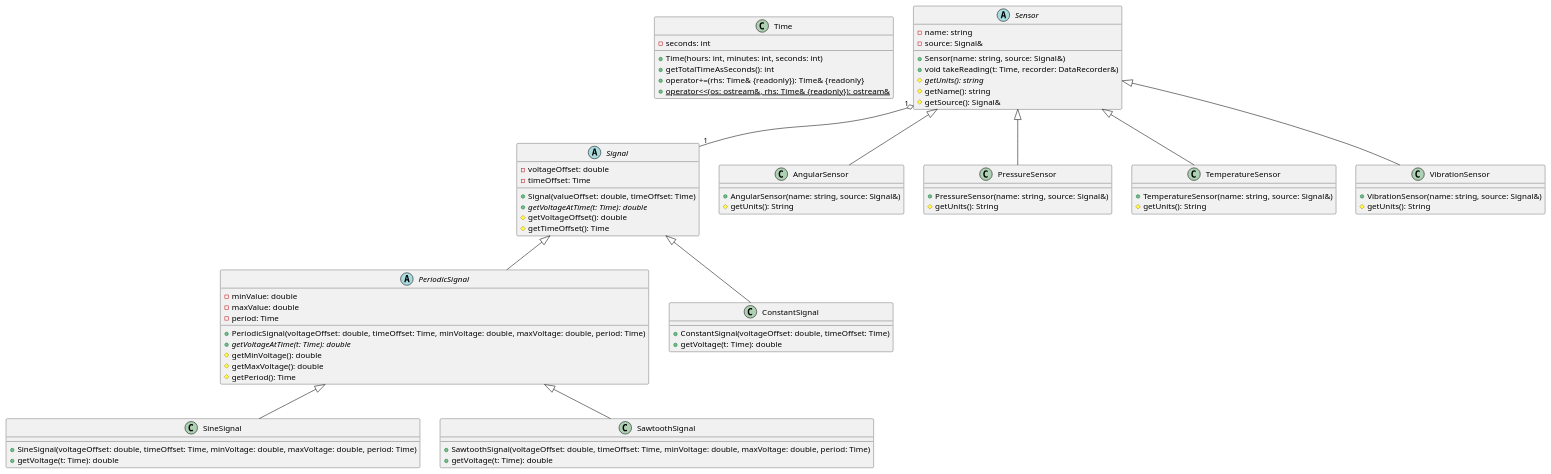
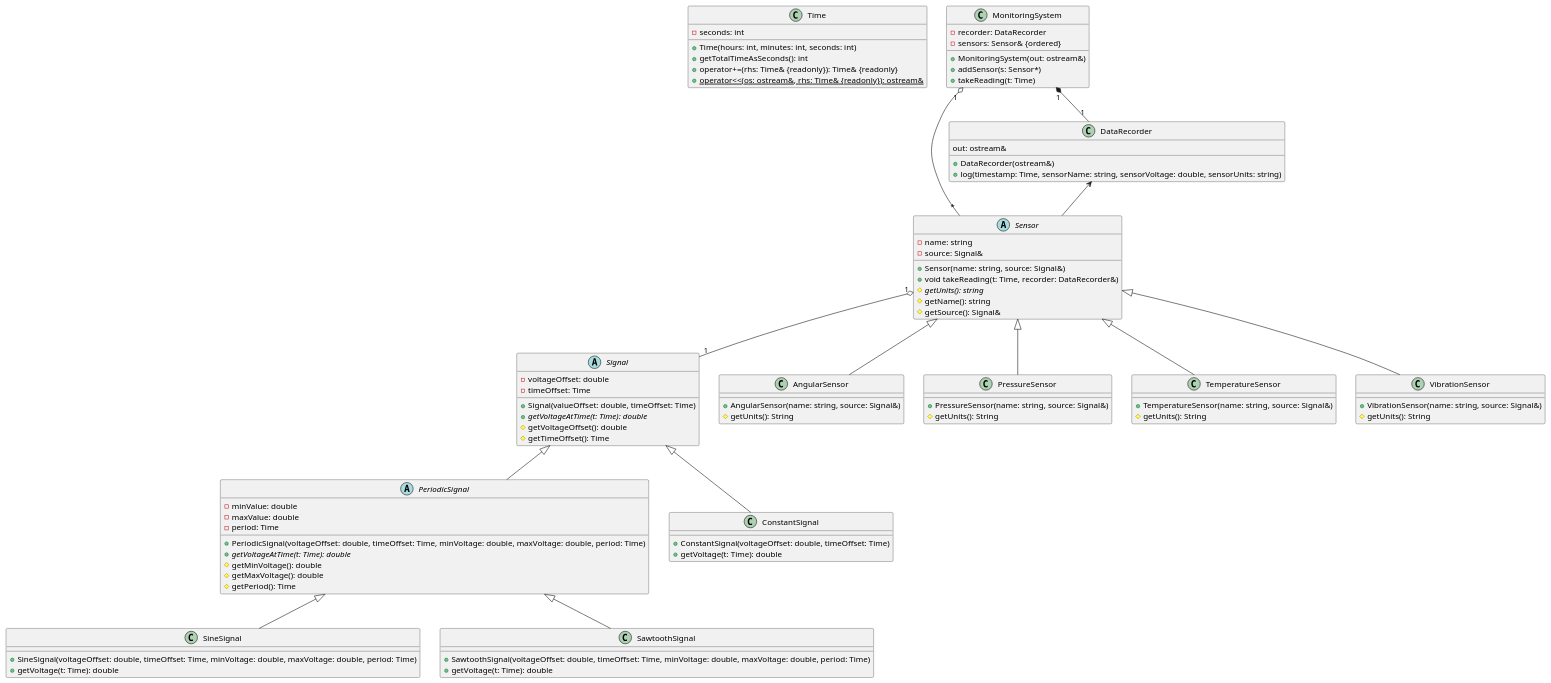
Before and after one commit to skylasercolorado/AirplaneMonitor: the diagram in doc/AirplaneMonitor.puml, drawn with PlantUML. The commit also changed 1 other file, not shown here.

Commit message:
uml, part 5

```diff
--- a/doc/AirplaneMonitor.puml
+++ b/doc/AirplaneMonitor.puml
@@ -1,93 +1,113 @@
 @startuml
 
 class Time {
 -seconds: int
 
 +Time(hours: int, minutes: int, seconds: int)
 +getTotalTimeAsSeconds(): int
 +operator+=(rhs: Time& {readonly}): Time& {readonly}
 +{static}operator<<(os: ostream&, rhs: Time& {readonly}): ostream&
 }
 
 class SineSignal {
 +SineSignal(voltageOffset: double, timeOffset: Time, minVoltage: double, maxVoltage: double, period: Time)
 +getVoltage(t: Time): double
 }
 
 class SawtoothSignal {
 +SawtoothSignal(voltageOffset: double, timeOffset: Time, minVoltage: double, maxVoltage: double, period: Time)
 +getVoltage(t: Time): double
 }
 
 abstract class PeriodicSignal {
 -minValue: double
 -maxValue: double
 -period: Time
 
 +PeriodicSignal(voltageOffset: double, timeOffset: Time, minVoltage: double, maxVoltage: double, period: Time)
 +{abstract} getVoltageAtTime(t: Time): double
 #getMinVoltage(): double
 #getMaxVoltage(): double
 #getPeriod(): Time
 }
 
 class ConstantSignal {
 +ConstantSignal(voltageOffset: double, timeOffset: Time)
 +getVoltage(t: Time): double
 }
 
 abstract class Signal {
 -voltageOffset: double
 -timeOffset: Time
 
 +Signal(valueOffset: double, timeOffset: Time)
 +{abstract} getVoltageAtTime(t: Time): double
 #getVoltageOffset(): double
 #getTimeOffset(): Time
 }
 
 PeriodicSignal <|-- SineSignal
 PeriodicSignal <|-- SawtoothSignal
 
 Signal <|-- ConstantSignal
 Signal <|-- PeriodicSignal
 
 class AngularSensor {
 +AngularSensor(name: string, source: Signal&)
 #getUnits(): String
 }
 
 class PressureSensor {
 +PressureSensor(name: string, source: Signal&)
 #getUnits(): String
 }
 
 class TemperatureSensor {
 +TemperatureSensor(name: string, source: Signal&)
 #getUnits(): String
 }
 
 class VibrationSensor {
 +VibrationSensor(name: string, source: Signal&)
 #getUnits(): String
 }
 
 abstract class Sensor {
 -name: string
 -source: Signal&
 
 +Sensor(name: string, source: Signal&)
 +void takeReading(t: Time, recorder: DataRecorder&)
 #{abstract} getUnits(): string
 #getName(): string
 #getSource(): Signal&
 }
 
 Sensor <|-- AngularSensor
 Sensor <|-- PressureSensor
 Sensor <|-- TemperatureSensor
 Sensor <|-- VibrationSensor
 
 Sensor "1" o-- "1" Signal
 
+class DataRecorder {
+out: ostream&
+
++DataRecorder(ostream&)
++log(timestamp: Time, sensorName: string, sensorVoltage: double, sensorUnits: string)
+}
+
+class MonitoringSystem {
+-recorder: DataRecorder
+-sensors: Sensor& {ordered}
+
++MonitoringSystem(out: ostream&)
++addSensor(s: Sensor*)
++takeReading(t: Time)
+}
+
+DataRecorder <-- Sensor
+MonitoringSystem "1" *-- "1" DataRecorder
+MonitoringSystem "1" o-- "*" Sensor
+
 @enduml
```
